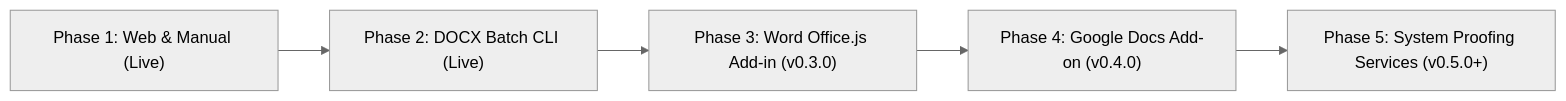
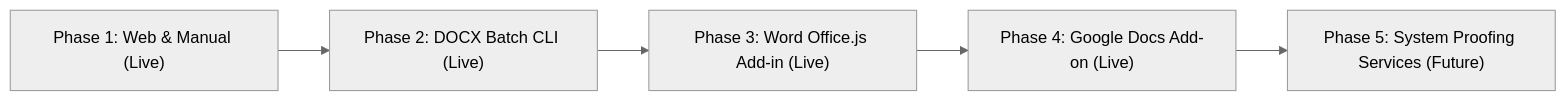
The diagram in ROADMAP.md (abishtakan/tamil-toolkit), drawn with Mermaid (neutral theme) before and after one commit. The commit also changed other lines of this file and 17 other files, not shown here.

Commit message:
feat(addins): implement Word Office.js taskpane add-in and Google Docs workspace add-on

````diff
--- a/ROADMAP.md
+++ b/ROADMAP.md
@@ -28,7 +28,7 @@
 ```mermaid
 flowchart LR
     P1["Phase 1: Web & Manual (Live)"] --> P2["Phase 2: DOCX Batch CLI (Live)"]
-    P2 --> P3["Phase 3: Word Office.js Add-in (v0.3.0)"]
-    P3 --> P4["Phase 4: Google Docs Add-on (v0.4.0)"]
-    P4 --> P5["Phase 5: System Proofing Services (v0.5.0+)"]
+    P2 --> P3["Phase 3: Word Office.js Add-in (Live)"]
+    P3 --> P4["Phase 4: Google Docs Add-on (Live)"]
+    P4 --> P5["Phase 5: System Proofing Services (Future)"]
 ```
````
